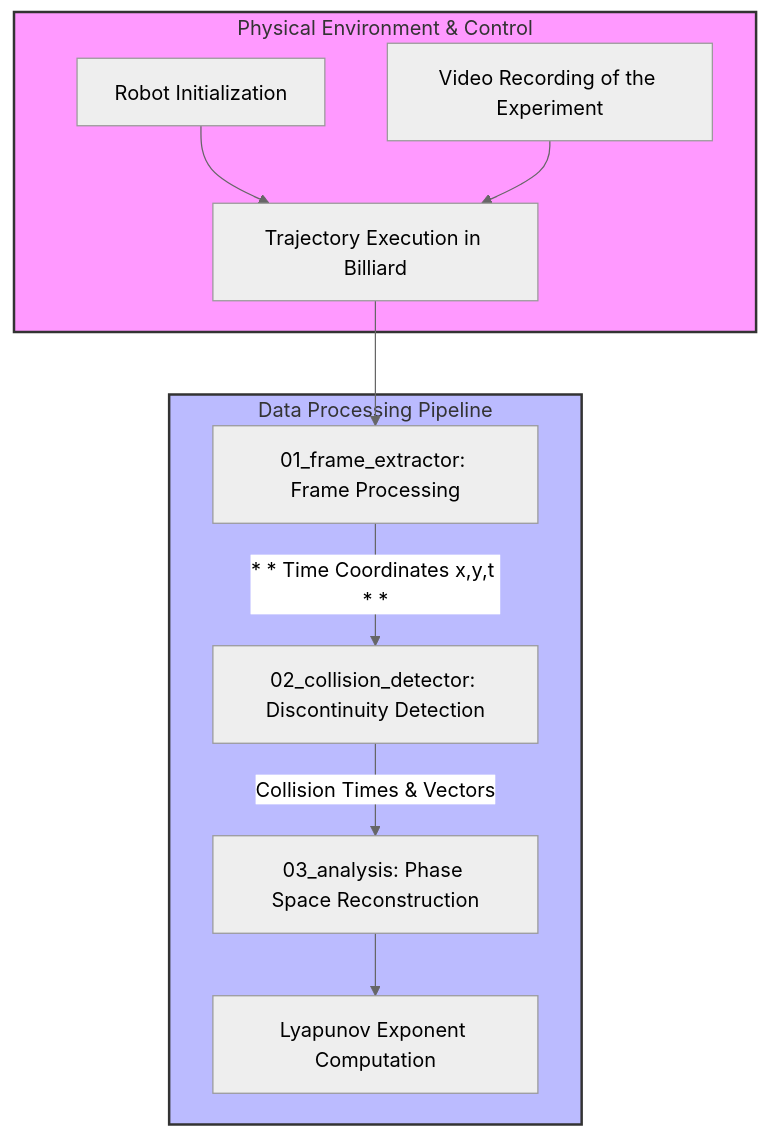
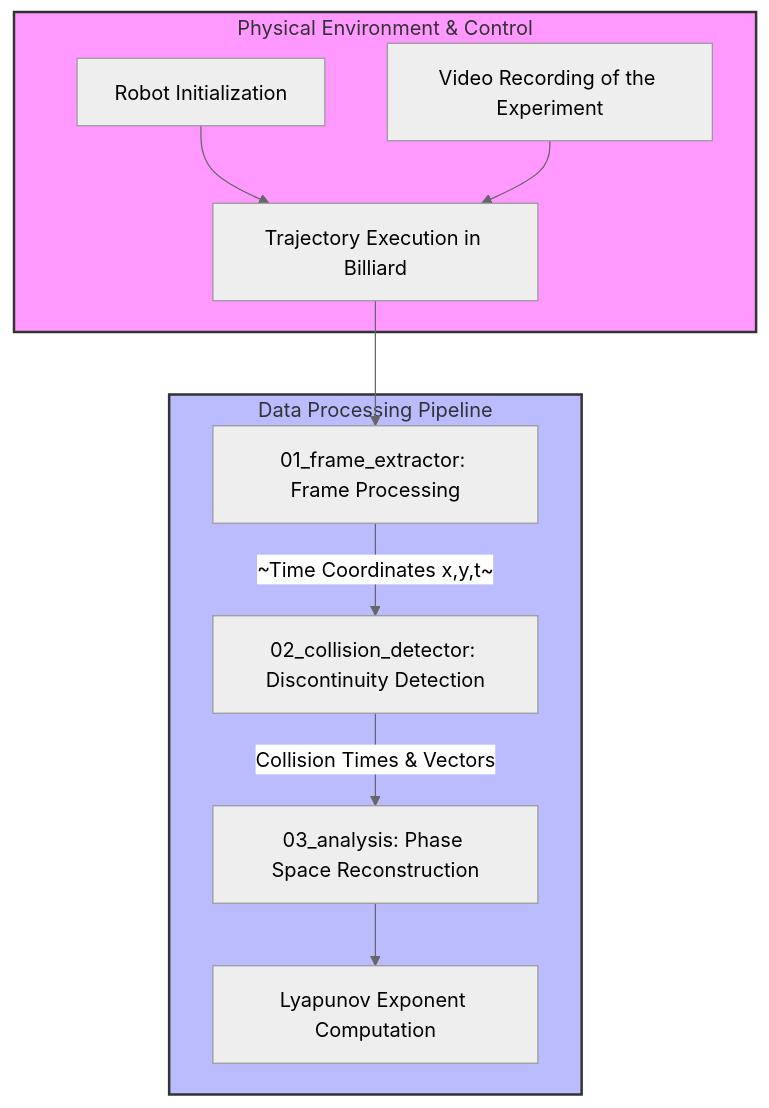
Before and after one commit to Kyrnthplus/Classical_Billiards_Dynamics_Using_an_Autonomous_Robot_and_Image_Analysis: the diagram in README.md, drawn with Mermaid (neutral theme).

````diff
--- a/README.md
+++ b/README.md
@@ -30,17 +30,17 @@
 ```mermaid
 flowchart TD
     subgraph PhysicalExperiment [Physical Environment & Control]
         A[Robot Initialization] --> B[Trajectory Execution in Billiard]
         C[Video Recording of the Experiment] --> B
     end
 
     subgraph SoftwarePipeline [Data Processing Pipeline]
         B --> D[01_frame_extractor: Frame Processing]
-        D -->|* * Time Coordinates x,y,t * *| E[02_collision_detector: Discontinuity Detection]
+        D -->|~Time Coordinates x,y,t~| E[02_collision_detector: Discontinuity Detection]
         E -->|Collision Times & Vectors| F[03_analysis: Phase Space Reconstruction]
         F --> G[Lyapunov Exponent Computation]
     end
 
     style PhysicalExperiment fill:#f9f,stroke:#333,stroke-width:2px
     style SoftwarePipeline fill:#bbf,stroke:#333,stroke-width:2px
 ```
````
